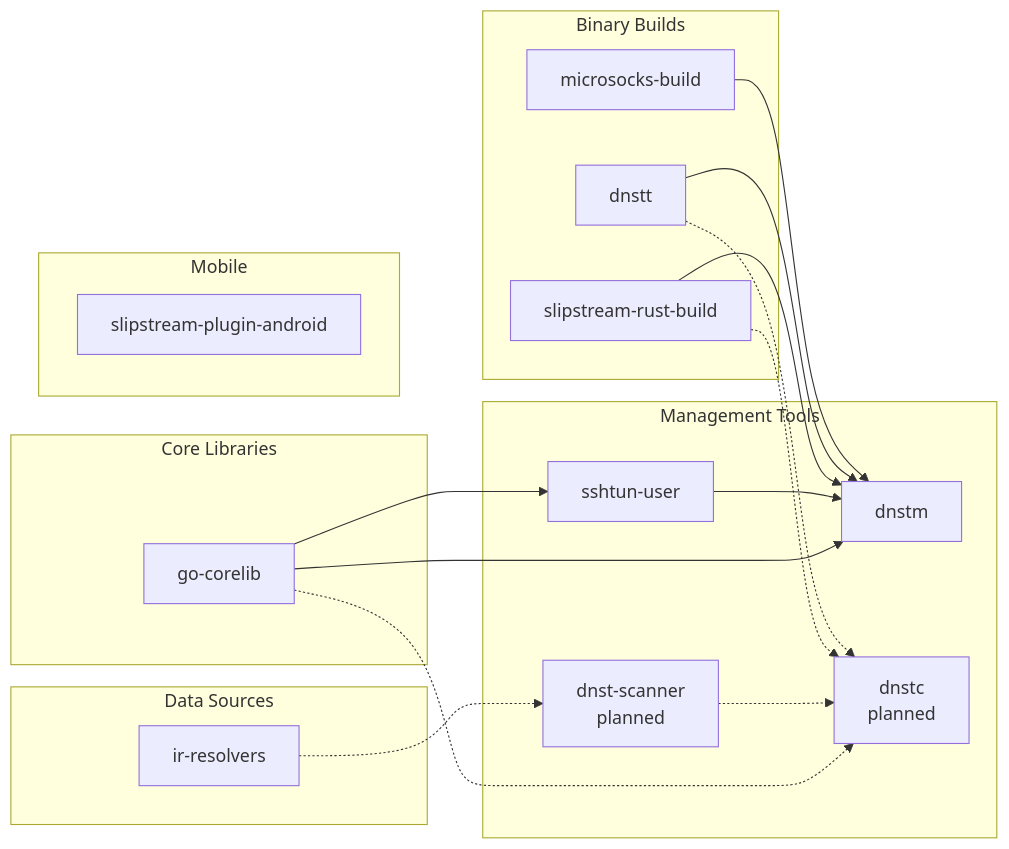
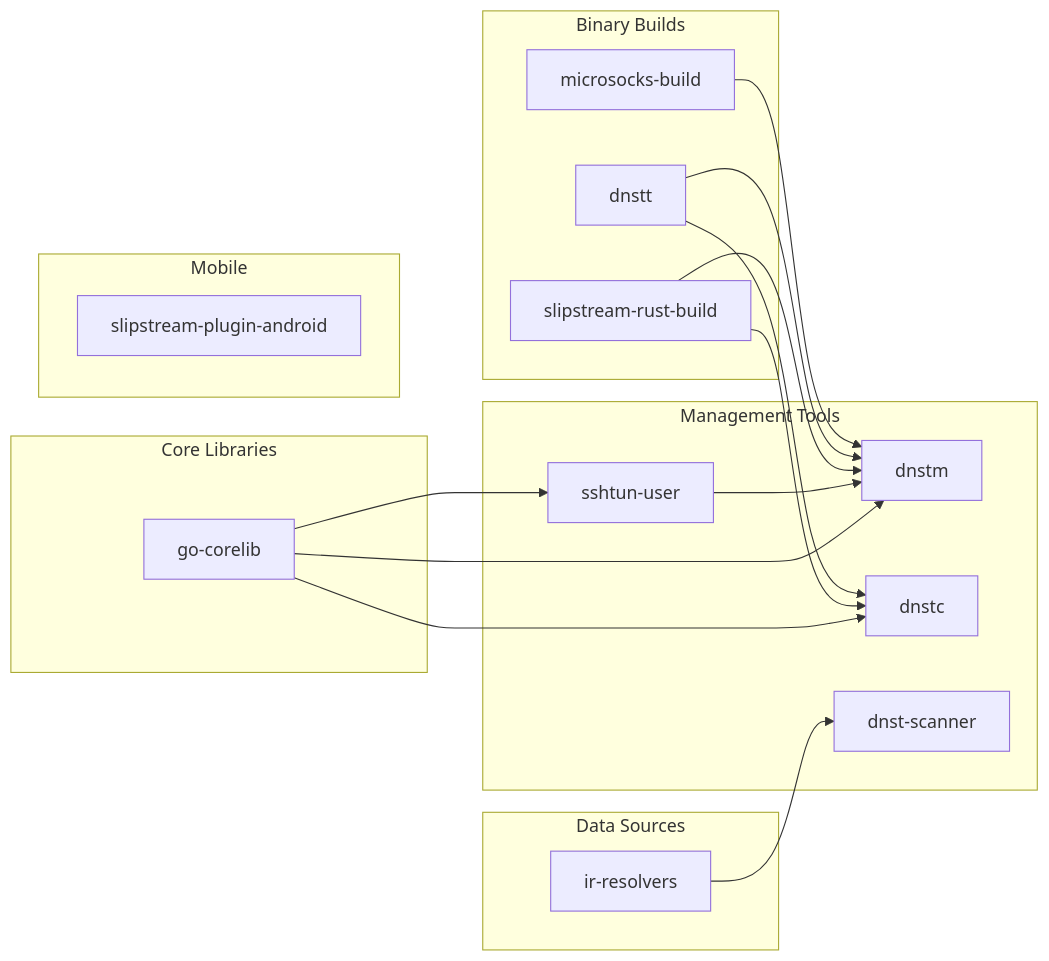
One commit to net2share/.github changed the third of 3 diagrams in profile/README.md. Above: the diagram before and after it, drawn with Mermaid. The commit also changed other lines of this file, not shown here.

````diff
--- a/profile/README.md
+++ b/profile/README.md
@@ -232,39 +230,38 @@
 ```mermaid
 flowchart LR
     subgraph core["Core Libraries"]
         A[go-corelib]
     end
 
     subgraph tools["Management Tools"]
         B[dnstm]
-        B2[dnstc<br/>planned]
+        B2[dnstc]
         C[sshtun-user]
-        D[dnst-scanner<br/>planned]
+        D[dnst-scanner]
     end
 
     subgraph data["Data Sources"]
         E[ir-resolvers]
     end
 
     subgraph builds["Binary Builds"]
         F[slipstream-rust-build]
         G[dnstt]
         H[microsocks-build]
     end
 
     subgraph mobile["Mobile"]
         I[slipstream-plugin-android]
     end
 
     A --> B
-    A -.-> B2
+    A --> B2
     A --> C
     C --> B
-    E -.-> D
-    D -.-> B2
+    E --> D
     F --> B
-    F -.-> B2
+    F --> B2
     G --> B
-    G -.-> B2
+    G --> B2
     H --> B
 ```
````
